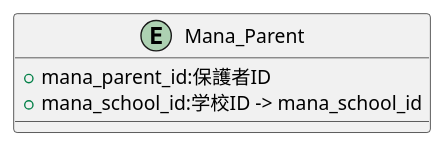
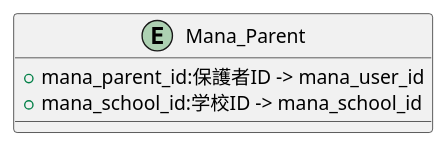
Before and after one commit to popoposorara/ERP_ER: the diagram in Entity/Mana_Parent.pu, drawn with PlantUML. The commit also changed 14 other files, not shown here.

```diff
--- a/Entity/Mana_Parent.pu
+++ b/Entity/Mana_Parent.pu
@@ -1,8 +1,8 @@
 @startuml
 
 entity "Mana_Parent" {
-    + mana_parent_id:保護者ID
+    + mana_parent_id:保護者ID -> mana_user_id
     + mana_school_id:学校ID -> mana_school_id
 }
 
 @enduml
```
